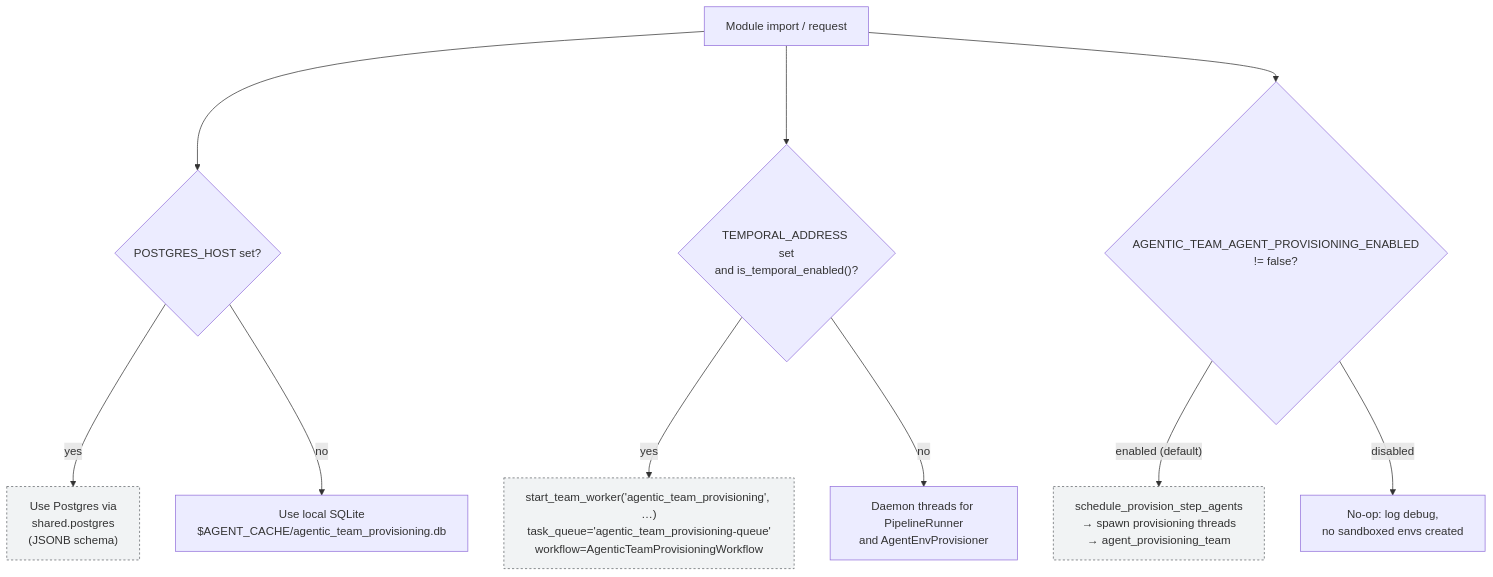
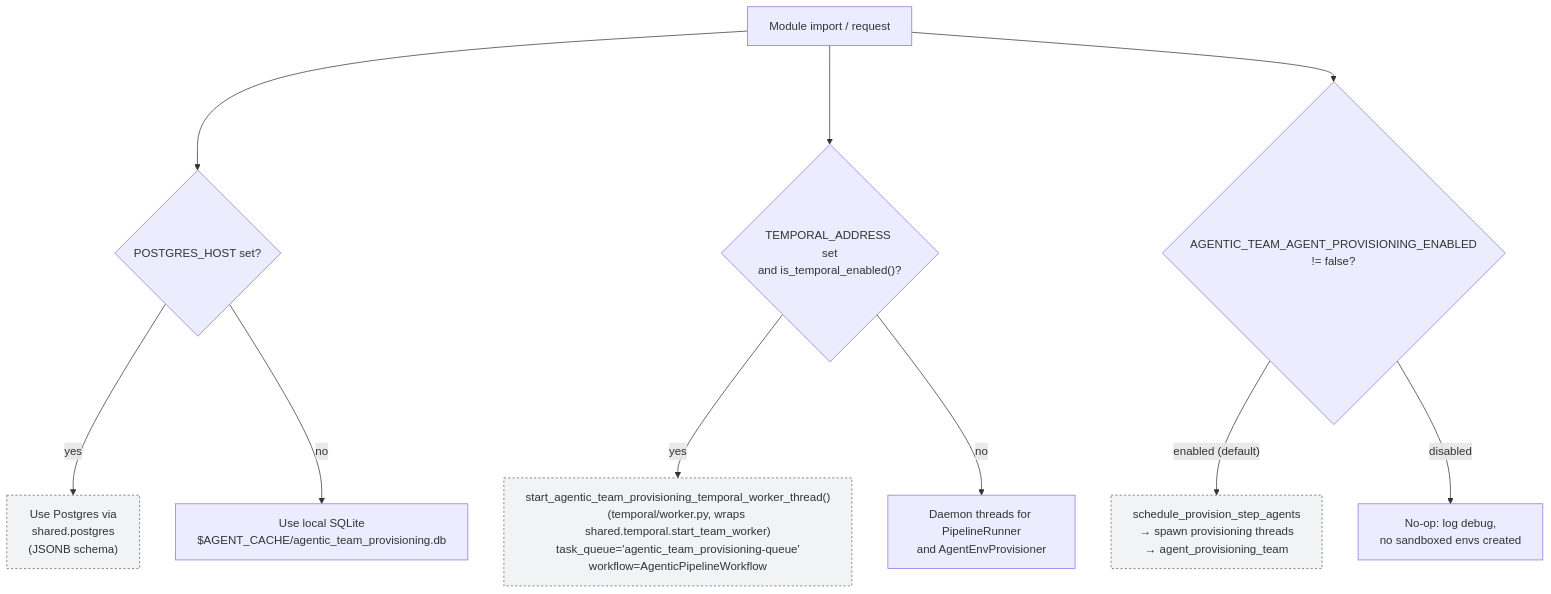
One commit to brandonkindred/Khala-Agentic-AI-Teams changed the third of 3 diagrams in backend/agents/agent_team_studio/agentic_team_provisioning/system_design/system_design.md. Above: the diagram before and after it, drawn with Mermaid. The commit also changed other lines of this file and 7 other files, not shown here.

First line of the commit message:
Refresh agentic_team_provisioning architecture docs and fix its test suite (#7121)

````diff
--- a/backend/agents/agent_team_studio/agentic_team_provisioning/system_design/system_design.md
+++ b/backend/agents/agent_team_studio/agentic_team_provisioning/system_design/system_design.md
@@ -250,18 +261,18 @@
 ```mermaid
 flowchart TD
     Start["Module import / request"]
     Start --> Q1{"POSTGRES_HOST set?"}
     Q1 -->|yes| PG["Use Postgres via<br/>shared.postgres<br/>(JSONB schema)"]
     Q1 -->|no| SQLite["Use local SQLite<br/>$AGENT_CACHE/agentic_team_provisioning.db"]
 
     Start --> Q2{"TEMPORAL_ADDRESS set<br/>and is_temporal_enabled()?"}
-    Q2 -->|yes| T["start_team_worker('agentic_team_provisioning', …)<br/>task_queue='agentic_team_provisioning-queue'<br/>workflow=AgenticTeamProvisioningWorkflow"]
+    Q2 -->|yes| T["start_agentic_team_provisioning_temporal_worker_thread()<br/>(temporal/worker.py, wraps shared.temporal.start_team_worker)<br/>task_queue='agentic_team_provisioning-queue'<br/>workflow=AgenticPipelineWorkflow"]
     Q2 -->|no| Thread["Daemon threads for PipelineRunner<br/>and AgentEnvProvisioner"]
 
     Start --> Q3{"AGENTIC_TEAM_AGENT_PROVISIONING_ENABLED<br/>!= false?"}
     Q3 -->|"enabled (default)"| Bridge["schedule_provision_step_agents<br/>→ spawn provisioning threads<br/>→ agent_provisioning_team"]
     Q3 -->|disabled| Skip["No-op: log debug,<br/>no sandboxed envs created"]
 
     classDef external fill:#f1f3f4,stroke:#5f6368,stroke-dasharray: 3 3
     class PG,T,Bridge external
 ```
````
